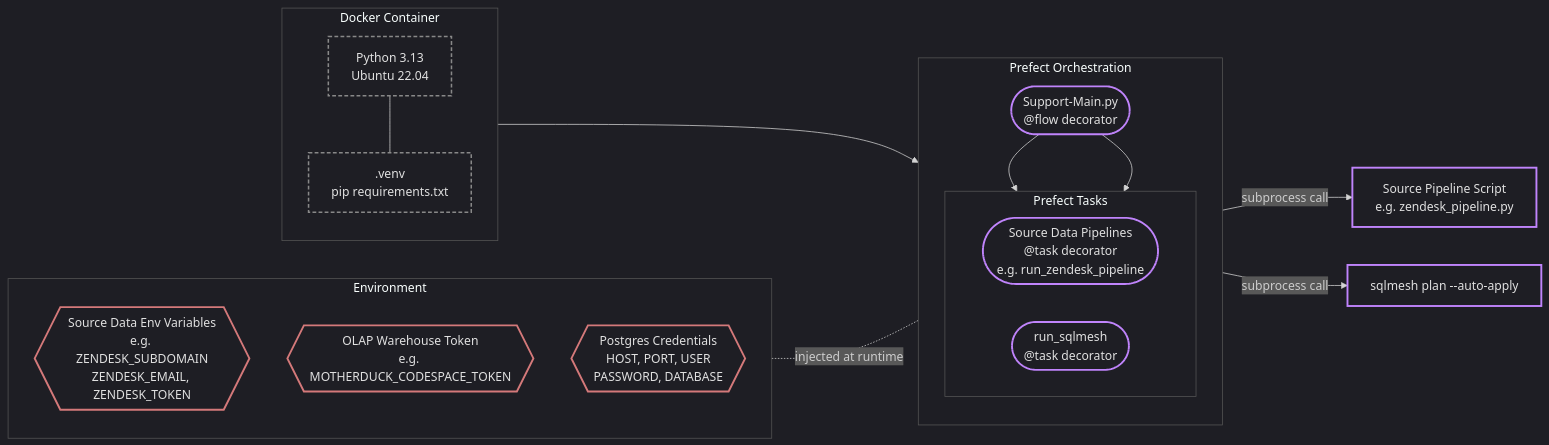
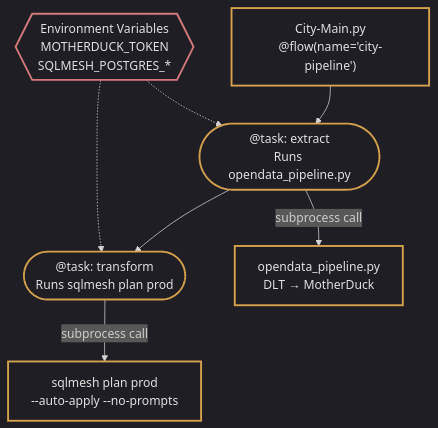
The second of 9 diagrams in Documentation/Architecture/system-architecture.md (MetricForge-Analytics-Inc/MetricForge-City-Foundation), drawn with Mermaid before and after one commit. The commit also changed other lines of this file and 93 other files, not shown here.

````diff
--- a/Documentation/Architecture/system-architecture.md
+++ b/Documentation/Architecture/system-architecture.md
@@ -141,38 +74,19 @@
 ```mermaid
 %%{init: {'theme': 'dark', 'themeVariables': {'mainBkg': 'transparent', 'nodeBorder': '#555', 'clusterBkg': 'transparent', 'clusterBorder': '#555'}}}%%
-flowchart LR
-    classDef process fill:none,color:#e0e0e0,stroke:#c084fc,stroke-width:2.5px
+flowchart TB
+    classDef process fill:none,color:#e0e0e0,stroke:#d4a24e,stroke-width:2.5px
     classDef config fill:none,color:#e0e0e0,stroke:#d4797a,stroke-width:2.5px
-    classDef infra fill:none,color:#e0e0e0,stroke:#888,stroke-width:2px,stroke-dasharray: 5 3
 
-    subgraph ORCH ["Prefect Orchestration"]
-        direction TB
-        FLOW(["Support-Main.py<br/>@flow decorator"]):::process
-        subgraph TASKS ["Prefect Tasks"]
-            direction LR
-            T1(["Source Data Pipelines<br/>@task decorator<br/>e.g. run_zendesk_pipeline"]):::process
-            T2(["run_sqlmesh<br/>@task decorator"]):::process
-        end
-        FLOW --> T1
-        FLOW --> T2
-    end
+    FLOW["City-Main.py<br/>@flow(name='city-pipeline')"]:::process
+    T1(["@task: extract<br/>Runs opendata_pipeline.py"]):::process
+    T2(["@task: transform<br/>Runs sqlmesh plan prod"]):::process
 
-    subgraph CONTAINER ["Docker Container"]
-        direction TB
-        IMG["Python 3.13<br/>Ubuntu 22.04"]:::infra
-        VENV[".venv<br/>pip requirements.txt"]:::infra
-        IMG --- VENV
-    end
+    ENV{{"Environment Variables<br/>MOTHERDUCK_TOKEN<br/>SQLMESH_POSTGRES_*"}}:::config
 
-    subgraph ENV ["Environment"]
-        direction TB
-        SECRETS{{"Source Data Env Variables<br/>e.g. ZENDESK_SUBDOMAIN<br/>ZENDESK_EMAIL, ZENDESK_TOKEN"}}:::config
-        MD_TOKEN{{"OLAP Warehouse Token<br/>e.g. MOTHERDUCK_CODESPACE_TOKEN"}}:::config
-        PG_CREDS{{"Postgres Credentials<br/>HOST, PORT, USER<br/>PASSWORD, DATABASE"}}:::config
-    end
+    FLOW --> T1 --> T2
+    ENV -.-> T1
+    ENV -.-> T2
 
-    CONTAINER --> ORCH
-    ENV -.-|injected at runtime| ORCH
-    T1 -->|subprocess call| EXTRACT["Source Pipeline Script<br/>e.g. zendesk_pipeline.py"]:::process
-    T2 -->|subprocess call| SQLMESH["sqlmesh plan --auto-apply"]:::process
+    T1 -->|subprocess call| EXTRACT["opendata_pipeline.py<br/>DLT → MotherDuck"]:::process
+    T2 -->|subprocess call| SQLMESH["sqlmesh plan prod<br/>--auto-apply --no-prompts"]:::process
 ```
````
